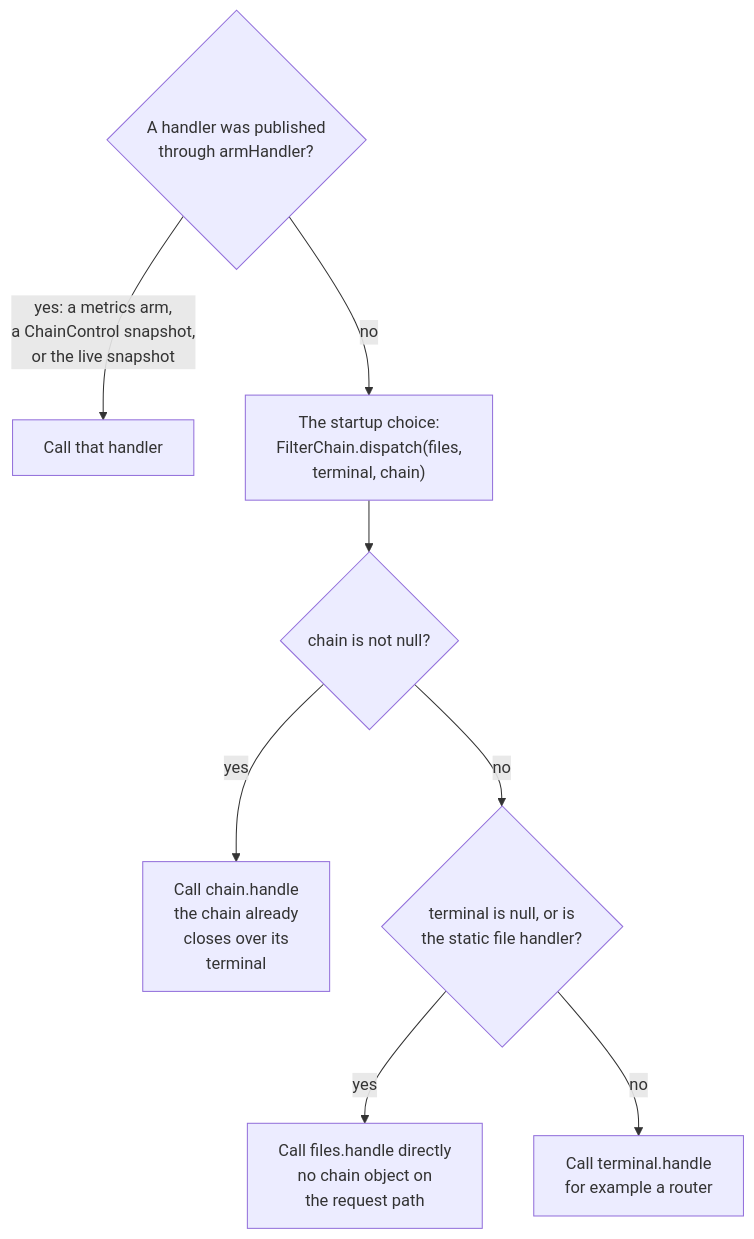
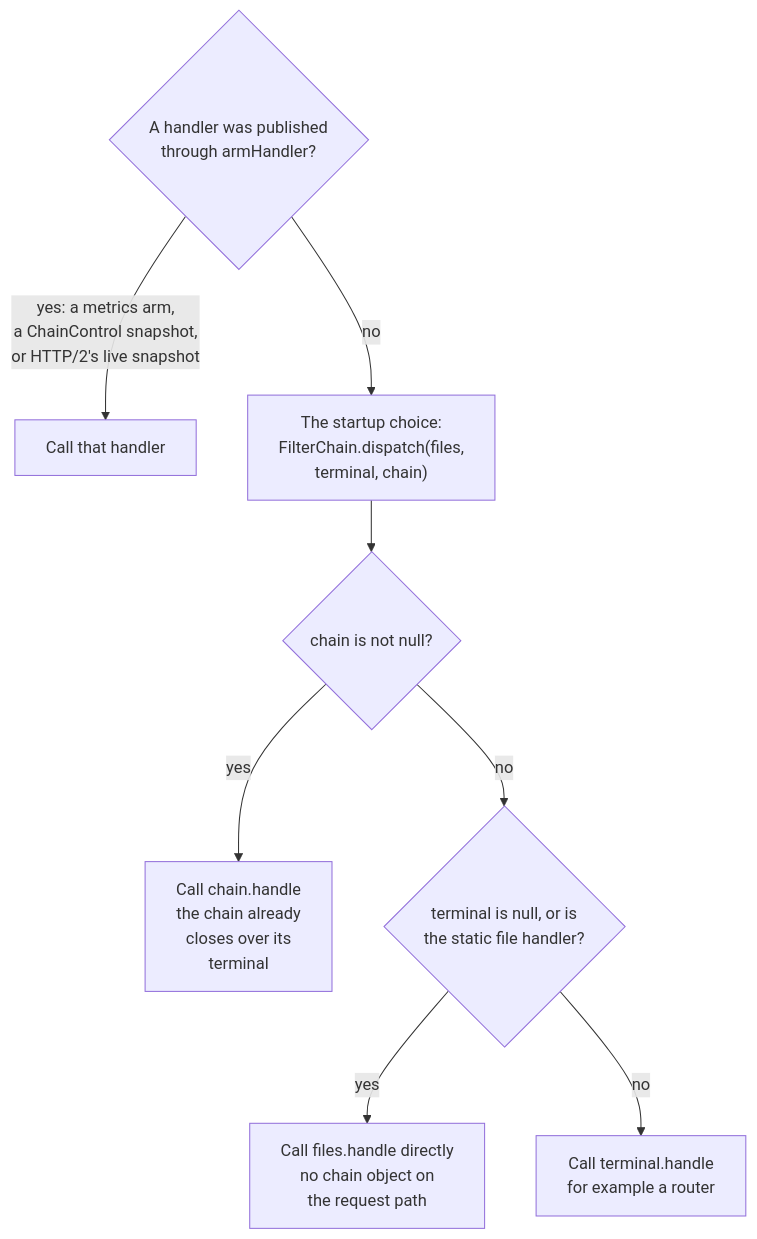
Before and after one commit to BlivionIaG/sjws_nettask: the second of 3 diagrams in docs/development/filters.md, drawn with Mermaid. The commit also changed other lines of this file and 5 other files, not shown here.

First line of the commit message:
docs: refresh core, CI and buffer-pool diagrams for the new master

````diff
--- a/docs/development/filters.md
+++ b/docs/development/filters.md
@@ -275,10 +275,10 @@
 ```mermaid
 flowchart TD
-    a{"A handler was published<br/>through armHandler?"} -->|"yes: a metrics arm,<br/>a ChainControl snapshot,<br/>or the live snapshot"| ar["Call that handler"]
+    a{"A handler was published<br/>through armHandler?"} -->|"yes: a metrics arm,<br/>a ChainControl snapshot,<br/>or HTTP/2's live snapshot"| ar["Call that handler"]
     a -->|no| s["The startup choice:<br/>FilterChain.dispatch(files,<br/>terminal, chain)"]
     s --> c{"chain is not null?"}
     c -->|yes| ch["Call chain.handle<br/>the chain already<br/>closes over its<br/>terminal"]
     c -->|no| t{"terminal is null, or is<br/>the static file handler?"}
     t -->|yes| fl["Call files.handle directly<br/>no chain object on<br/>the request path"]
     t -->|no| tm["Call terminal.handle<br/>for example a router"]
 ```
````
